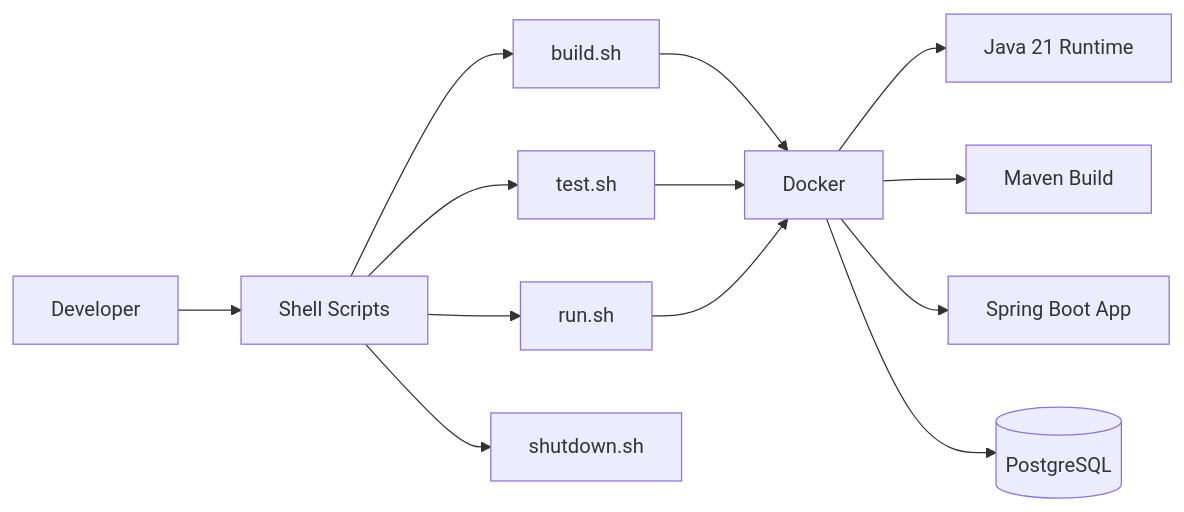
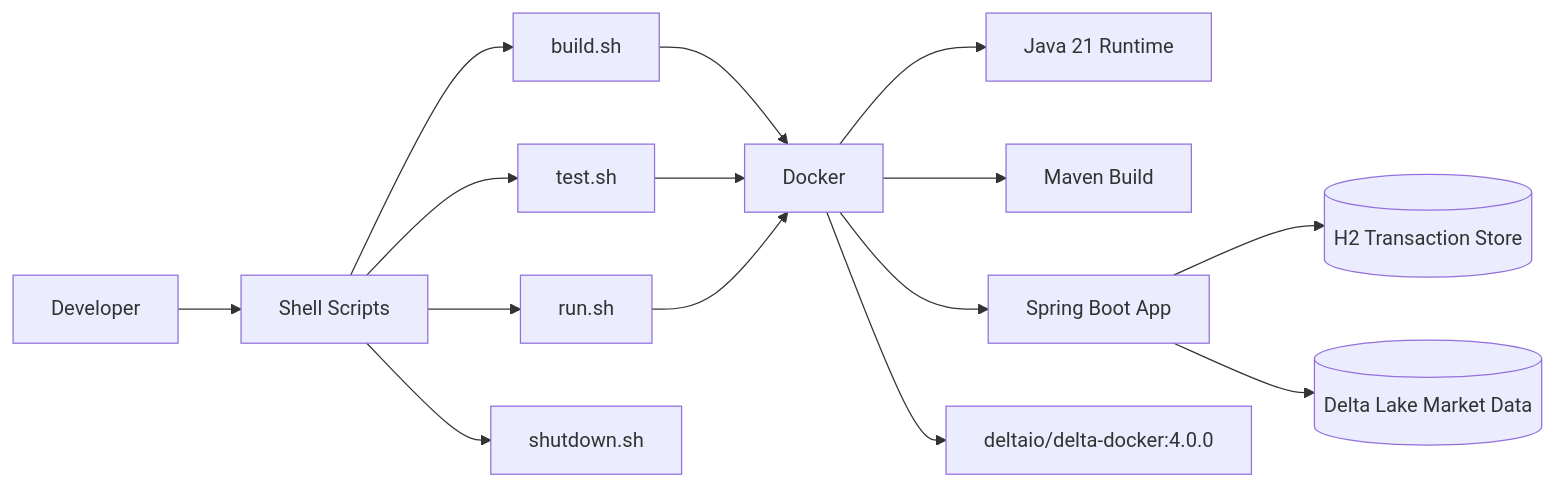
One commit to khab40/spring-boot-java-refresh changed the diagram in docs/diagrams/adr-0003-java-docker-workflow.md. Above: the diagram before and after it, drawn with Mermaid. The commit also changed 18 other files, not shown here.

Commit message:
feat: add Delta Lake market data storage and update architecture docs

````diff
--- a/docs/diagrams/adr-0003-java-docker-workflow.md
+++ b/docs/diagrams/adr-0003-java-docker-workflow.md
@@ -7,15 +7,17 @@
 ```mermaid
 graph LR
     Dev[Developer] --> Scripts[Shell Scripts]
     Scripts --> Build[build.sh]
     Scripts --> Test[test.sh]
     Scripts --> Run[run.sh]
     Scripts --> Stop[shutdown.sh]
     Build --> Docker[Docker]
     Test --> Docker
     Run --> Docker
     Docker --> Java21[Java 21 Runtime]
     Docker --> Maven[Maven Build]
     Docker --> App[Spring Boot App]
-    Docker --> Pg[(PostgreSQL)]
+    Docker --> DeltaContainer[deltaio/delta-docker:4.0.0]
+    App --> H2[(H2 Transaction Store)]
+    App --> Delta[(Delta Lake Market Data)]
 ```
````
